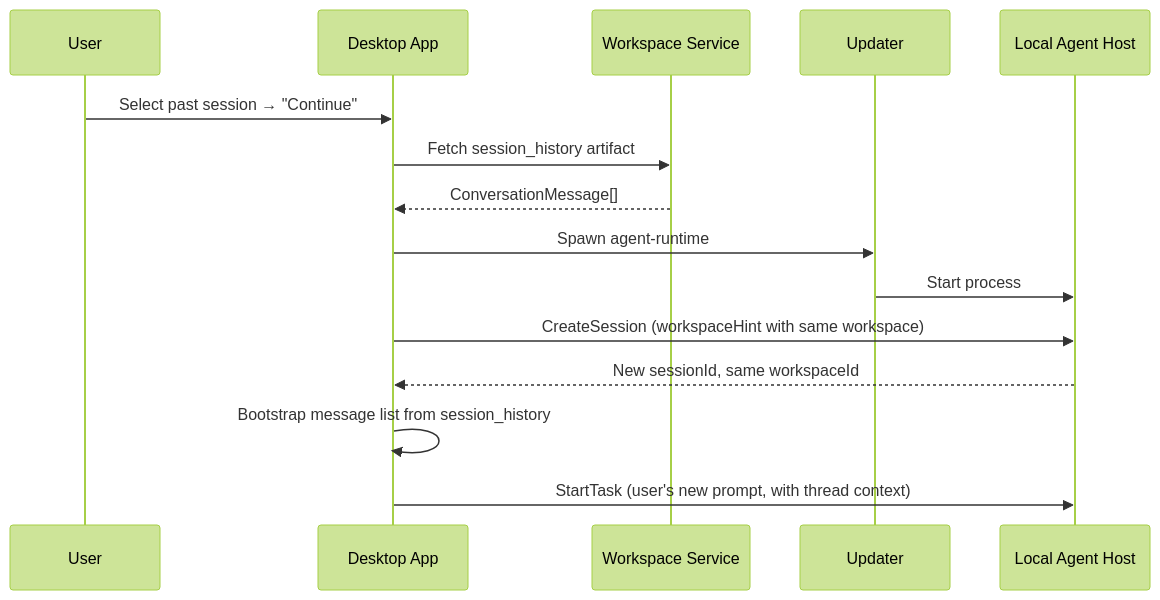
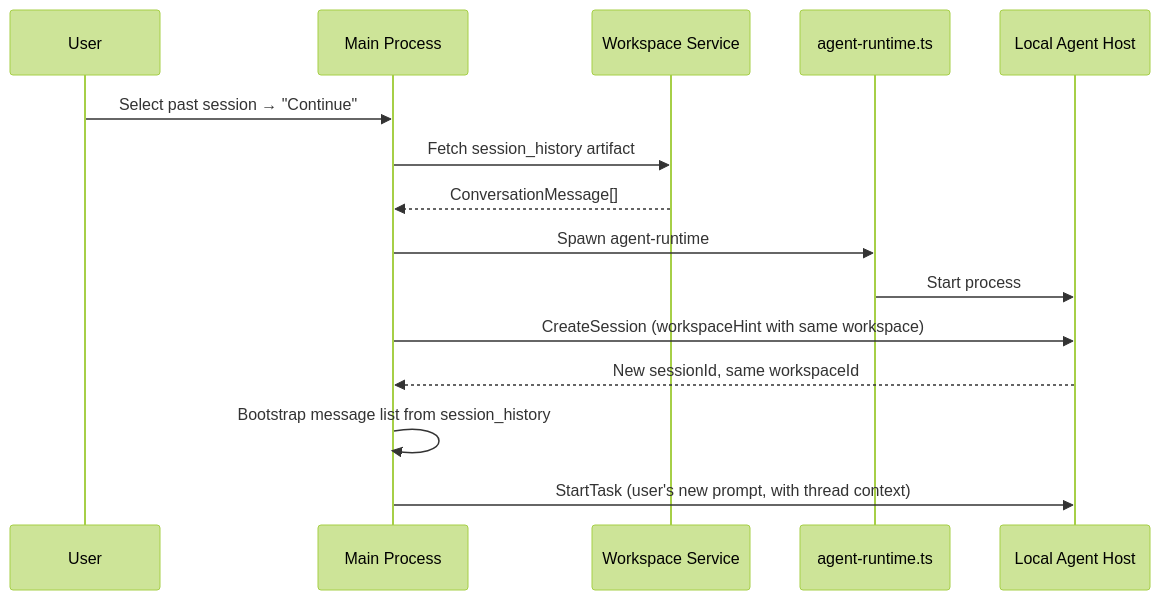
The fourth of 5 diagrams in docs/components/desktop-app.md (suman724/cowork-infra), drawn with Mermaid (forest theme) before and after one commit. The commit also changed other lines of this file and 10 other files, not shown here.

````diff
--- a/docs/components/desktop-app.md
+++ b/docs/components/desktop-app.md
@@ -547,18 +553,18 @@
 ```mermaid
 sequenceDiagram
   participant User
-  participant DA as Desktop App
+  participant Main as Main Process
   participant WS as Workspace Service
-  participant Updater as Updater
+  participant AR as agent-runtime.ts
   participant AH as Local Agent Host
 
-  User->>DA: Select past session → "Continue"
-  DA->>WS: Fetch session_history artifact
-  WS-->>DA: ConversationMessage[]
-  DA->>Updater: Spawn agent-runtime
-  Updater->>AH: Start process
-  DA->>AH: CreateSession (workspaceHint with same workspace)
-  AH-->>DA: New sessionId, same workspaceId
-  DA->>DA: Bootstrap message list from session_history
-  DA->>AH: StartTask (user's new prompt, with thread context)
+  User->>Main: Select past session → "Continue"
+  Main->>WS: Fetch session_history artifact
+  WS-->>Main: ConversationMessage[]
+  Main->>AR: Spawn agent-runtime
+  AR->>AH: Start process
+  Main->>AH: CreateSession (workspaceHint with same workspace)
+  AH-->>Main: New sessionId, same workspaceId
+  Main->>Main: Bootstrap message list from session_history
+  Main->>AH: StartTask (user's new prompt, with thread context)
 ```
````
